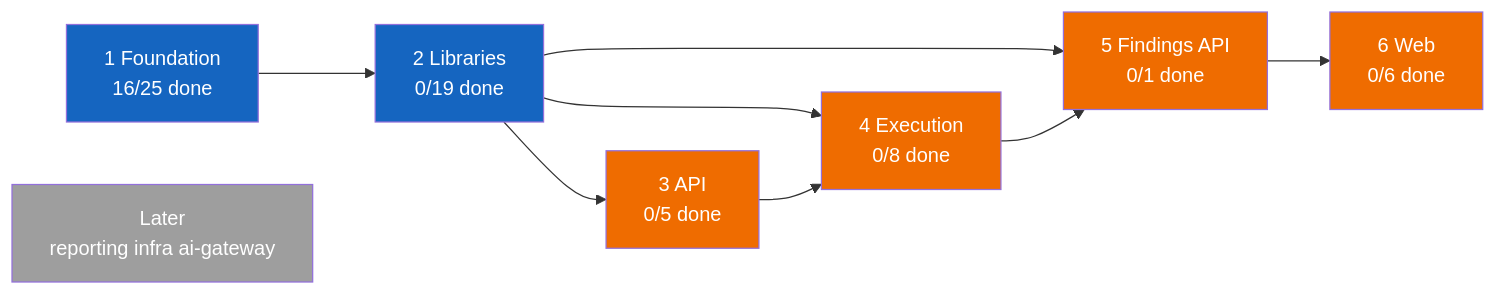
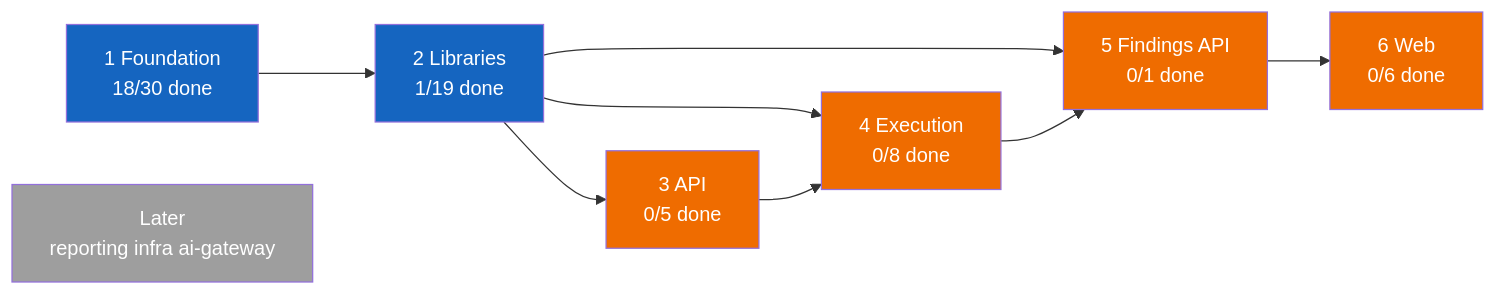
Before and after one commit to vulcanflow/docs: the first of 2 diagrams in PROGRESS.md, drawn with Mermaid. The commit also changed other lines of this file and 1 other file, not shown here.

````diff
--- a/PROGRESS.md
+++ b/PROGRESS.md
@@ -24,31 +24,31 @@
 ```mermaid
 flowchart LR
-  P1["1 Foundation<br/>16/25 done"]
-  P2["2 Libraries<br/>0/19 done"]
+  P1["1 Foundation<br/>18/30 done"]
+  P2["2 Libraries<br/>1/19 done"]
   P3["3 API<br/>0/5 done"]
   P4["4 Execution<br/>0/8 done"]
   P5["5 Findings API<br/>0/1 done"]
   P6["6 Web<br/>0/6 done"]
   L["Later<br/>reporting infra ai-gateway"]
 
   P1 --> P2
   P2 --> P3
   P2 --> P4
   P3 --> P4
   P2 --> P5
   P4 --> P5
   P5 --> P6
 
   classDef done fill:#2e7d32,color:#fff
   classDef active fill:#1565c0,color:#fff
   classDef held fill:#9e9e9e,color:#fff
   classDef blocked fill:#ef6c00,color:#fff
 
   class P1 active
   class P2 active
   class P3 blocked
   class P4 blocked
   class P5 blocked
   class P6 blocked
   class L held
 ```
````
